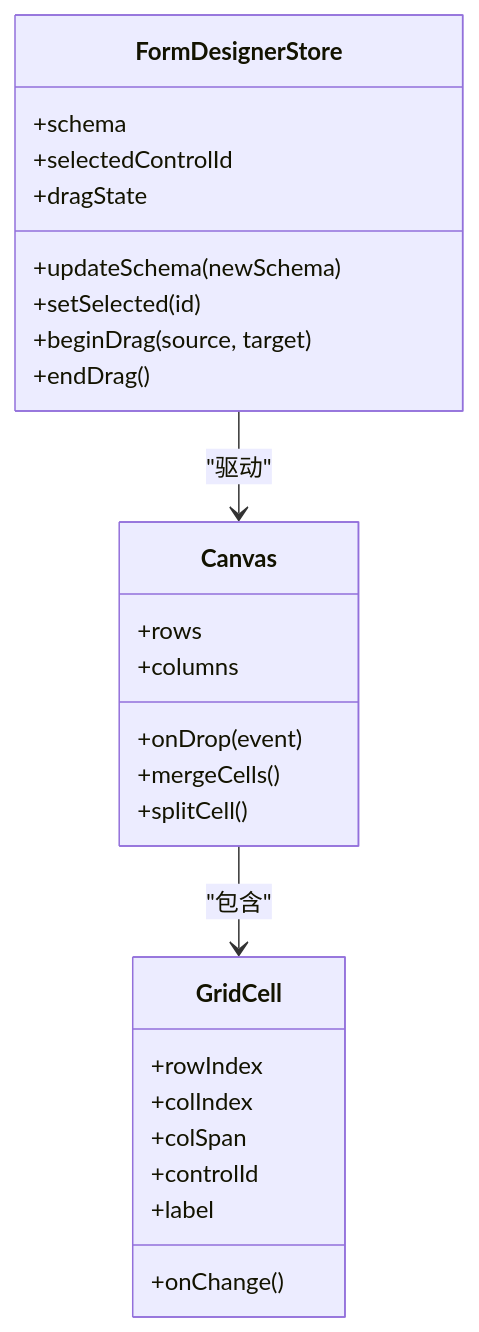
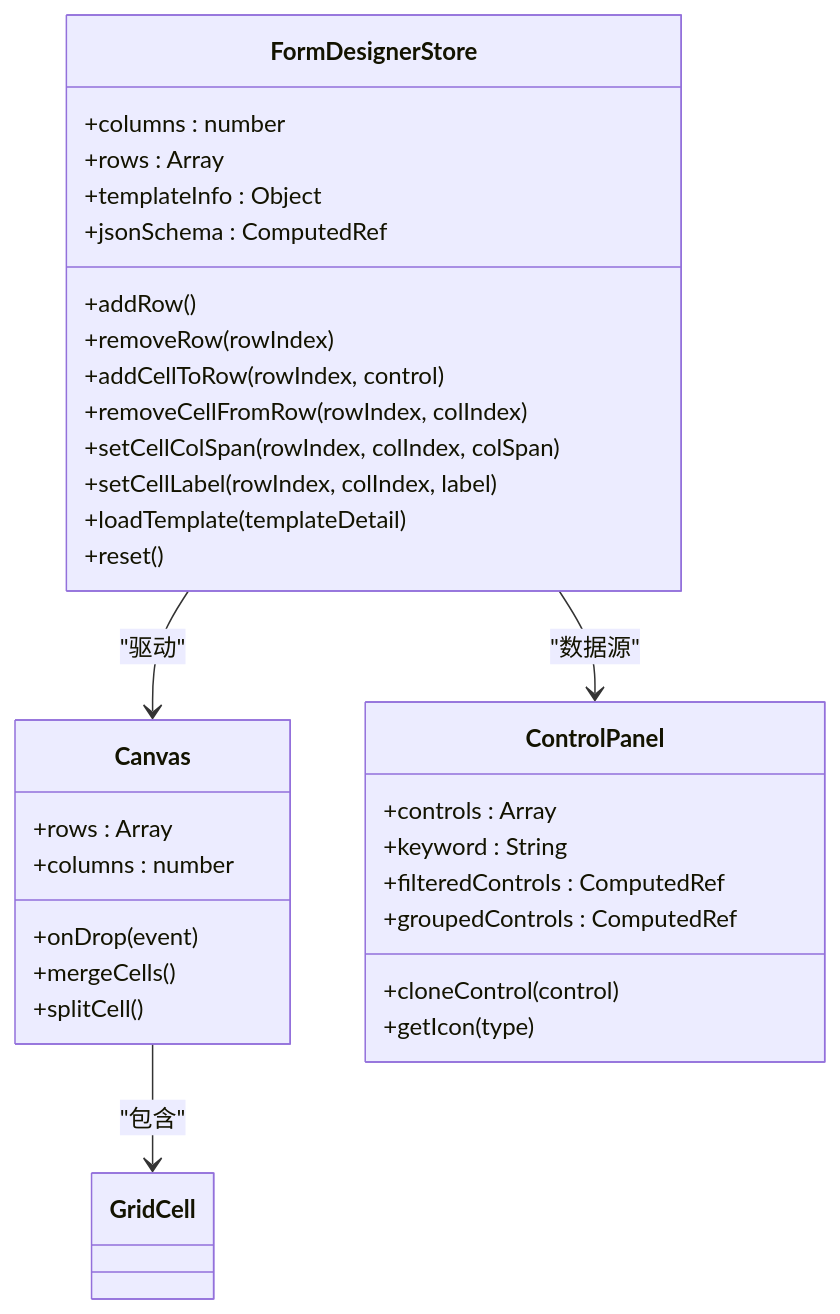
Before and after one commit to NJMrLi/genetics: the sixth of 9 diagrams in .qoder/repowiki/zh/content/前端架构设计/拖拽式表单设计器.md, drawn with Mermaid. The commit also changed other lines of this file and 152 other files, not shown here.

````diff
--- a/.qoder/repowiki/zh/content/前端架构设计/拖拽式表单设计器.md
+++ b/.qoder/repowiki/zh/content/前端架构设计/拖拽式表单设计器.md
@@ -192,29 +253,35 @@
 ```mermaid
 classDiagram
 class FormDesignerStore {
-+schema
-+selectedControlId
-+dragState
-+updateSchema(newSchema)
-+setSelected(id)
-+beginDrag(source, target)
-+endDrag()
++columns : number
++rows : Array
++templateInfo : Object
++jsonSchema : ComputedRef
++addRow()
++removeRow(rowIndex)
++addCellToRow(rowIndex, control)
++removeCellFromRow(rowIndex, colIndex)
++setCellColSpan(rowIndex, colIndex, colSpan)
++setCellLabel(rowIndex, colIndex, label)
++loadTemplate(templateDetail)
++reset()
 }
 class Canvas {
-+rows
-+columns
++rows : Array
++columns : number
 +onDrop(event)
 +mergeCells()
 +splitCell()
 }
-class GridCell {
-+rowIndex
-+colIndex
-+colSpan
-+controlId
-+label
-+onChange()
+class ControlPanel {
++controls : Array
++keyword : String
++filteredControls : ComputedRef
++groupedControls : ComputedRef
++cloneControl(control)
++getIcon(type)
 }
 FormDesignerStore --> Canvas : "驱动"
+FormDesignerStore --> ControlPanel : "数据源"
 Canvas --> GridCell : "包含"
 ```
````
